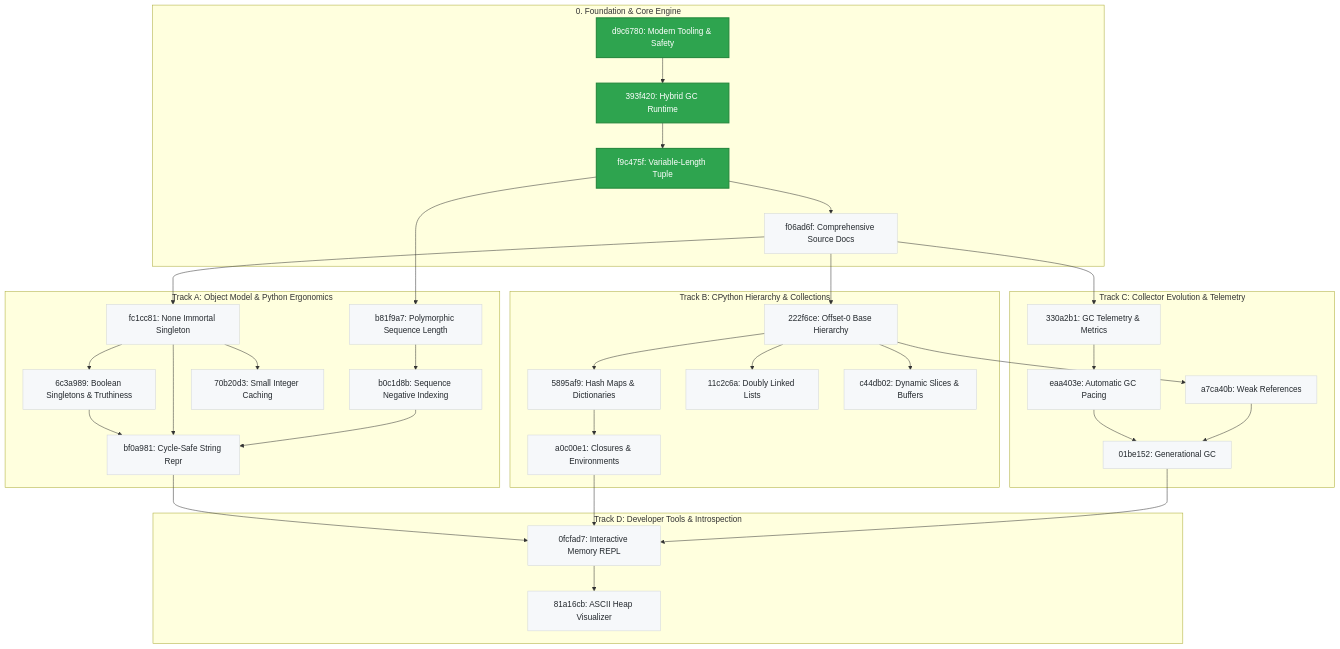
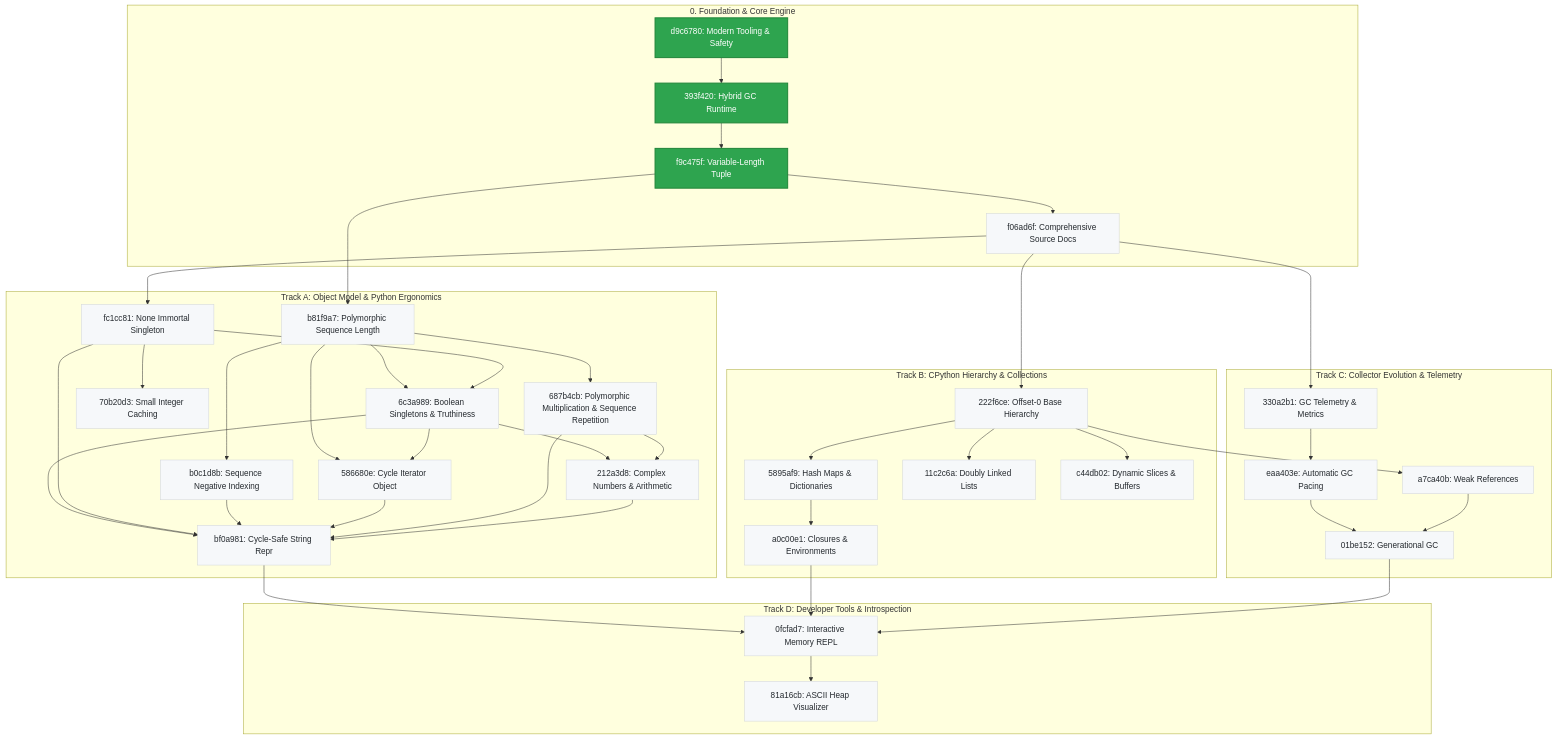
Before and after one commit to bwrob/trash-gather: the diagram in roadmap/README.md, drawn with Mermaid. The commit also changed other lines of this file and 5 other files, not shown here.

Commit message:
feat(roadmap): add cycle iterators, polymorphic multiplication, and complex numbers

```diff
--- a/roadmap/README.md
+++ b/roadmap/README.md
@@ -29,6 +29,9 @@
     m_none["fc1cc81: None Immortal Singleton"]:::planned
     m_bool["6c3a989: Boolean Singletons & Truthiness"]:::planned
     m_smallint["70b20d3: Small Integer Caching"]:::planned
+    m_mul["687b4cb: Polymorphic Multiplication & Sequence Repetition"]:::planned
+    m_complex["212a3d8: Complex Numbers & Arithmetic"]:::planned
+    m_cycle_iter["586680e: Cycle Iterator Object"]:::planned
     m_repr["bf0a981: Cycle-Safe String Repr"]:::planned
   end
 
@@ -58,12 +61,21 @@
 
   m_tuple --> m_seqlen
   m_seqlen --> m_negidx
+  m_seqlen --> m_bool
+  m_seqlen --> m_mul
   m_doc --> m_none
   m_none --> m_bool
   m_none --> m_smallint
+  m_seqlen --> m_cycle_iter
+  m_bool --> m_cycle_iter
+  m_bool --> m_complex
+  m_mul --> m_complex
   m_bool --> m_repr
   m_none --> m_repr
   m_negidx --> m_repr
+  m_cycle_iter --> m_repr
+  m_mul --> m_repr
+  m_complex --> m_repr
 
   m_doc --> m_offset0
   m_offset0 --> m_dict
```
